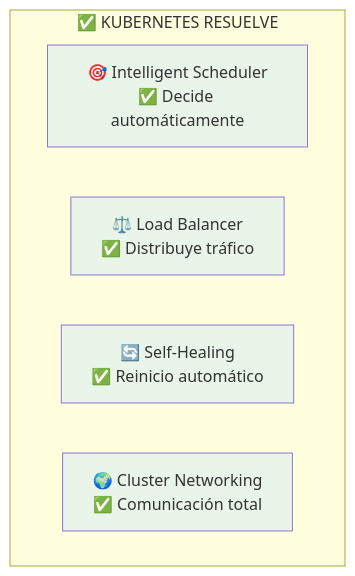
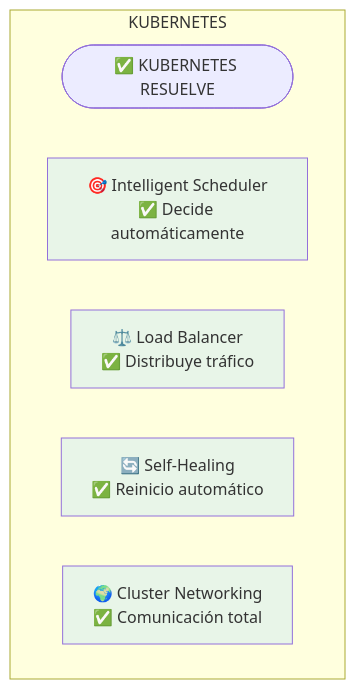
The sixth of 6 diagrams in area-2-arquitectura-kubernetes/modulo-01-introduccion-kubernetes/README.md (Harol-Reina/kubernetes-aks-course), drawn with Mermaid before and after one commit. The commit also changed other lines of this file, not shown here.

Commit message:
Refactor Mermaid diagrams in README.md for clarity and consistency

````diff
--- a/area-2-arquitectura-kubernetes/modulo-01-introduccion-kubernetes/README.md
+++ b/area-2-arquitectura-kubernetes/modulo-01-introduccion-kubernetes/README.md
@@ -265,14 +268,15 @@
 ```mermaid
 graph TB
-    subgraph "✅ KUBERNETES RESUELVE"
+    subgraph T1[KUBERNETES]
+        CP([✅ KUBERNETES RESUELVE])
         S1[🎯 Intelligent Scheduler<br/>✅ Decide automáticamente]
         S2[⚖️ Load Balancer<br/>✅ Distribuye tráfico]
         S3[🔄 Self-Healing<br/>✅ Reinicio automático]
         S4[🌍 Cluster Networking<br/>✅ Comunicación total]
     end
     
     style S1 fill:#e8f5e8
     style S2 fill:#e8f5e8
     style S3 fill:#e8f5e8
     style S4 fill:#e8f5e8
 ```
````
